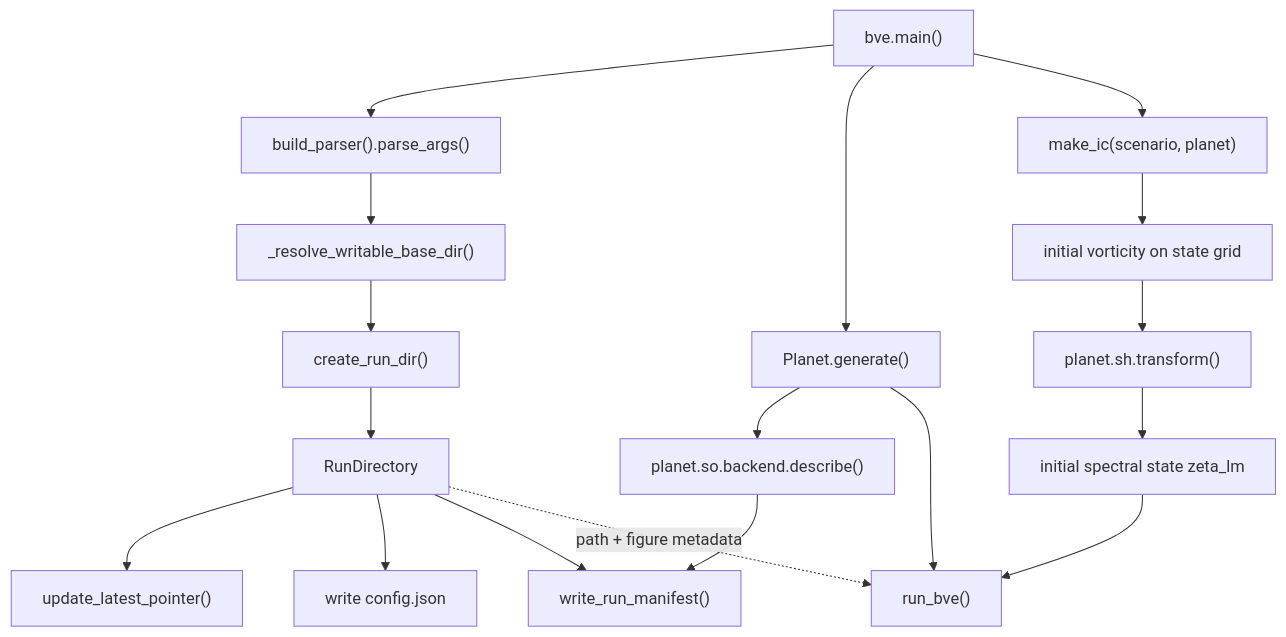
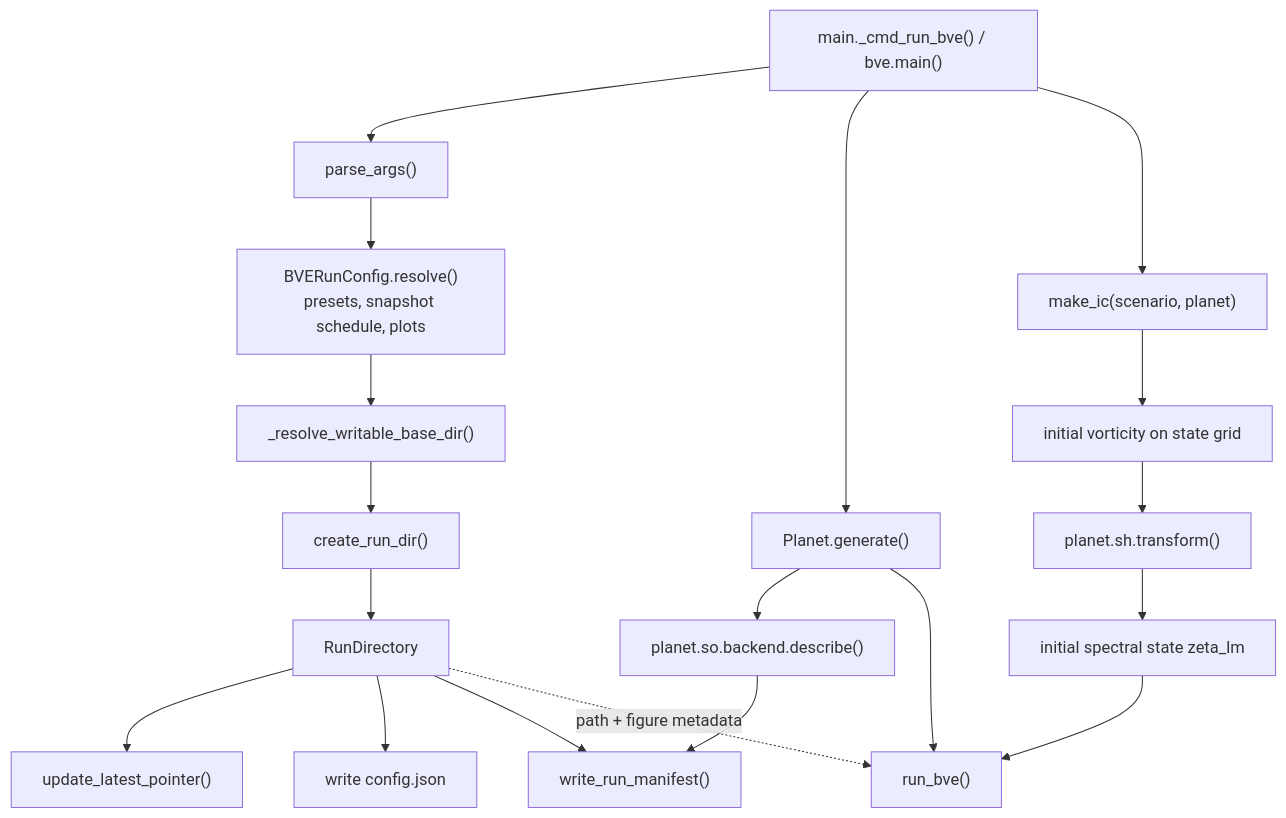
The second of 5 diagrams in docs/call-structure.md (AlexandreEros/Aeolus), drawn with Mermaid before and after one commit. The commit also changed other lines of this file and 2 other files, not shown here.

First line of the commit message:
docs: make aeolus the canonical CLI in README and architecture docs

````diff
--- a/docs/call-structure.md
+++ b/docs/call-structure.md
@@ -73,23 +90,24 @@
 ```mermaid
 flowchart TD
-    main["bve.main()"] --> parse["build_parser().parse_args()"]
-    parse --> writable["_resolve_writable_base_dir()"]
+    main["main._cmd_run_bve() / bve.main()"] --> parse["parse_args()"]
+    parse --> resolve["BVERunConfig.resolve()<br/>presets, snapshot schedule, plots"]
+    resolve --> writable["_resolve_writable_base_dir()"]
     writable --> create["create_run_dir()"]
     create --> runDir["RunDirectory"]
     runDir --> latest["update_latest_pointer()"]
 
     main --> generate["Planet.generate()"]
     generate --> describe["planet.so.backend.describe()"]
 
     main --> ic["make_ic(scenario, planet)"]
     ic --> initialGrid["initial vorticity on state grid"]
     initialGrid --> transform["planet.sh.transform()"]
     transform --> initialLM["initial spectral state zeta_lm"]
 
     runDir --> config["write config.json"]
     describe --> manifest["write_run_manifest()"]
     runDir --> manifest
     initialLM --> run["run_bve()"]
     generate --> run
     runDir -. "path + figure metadata" .-> run
 ```
````
